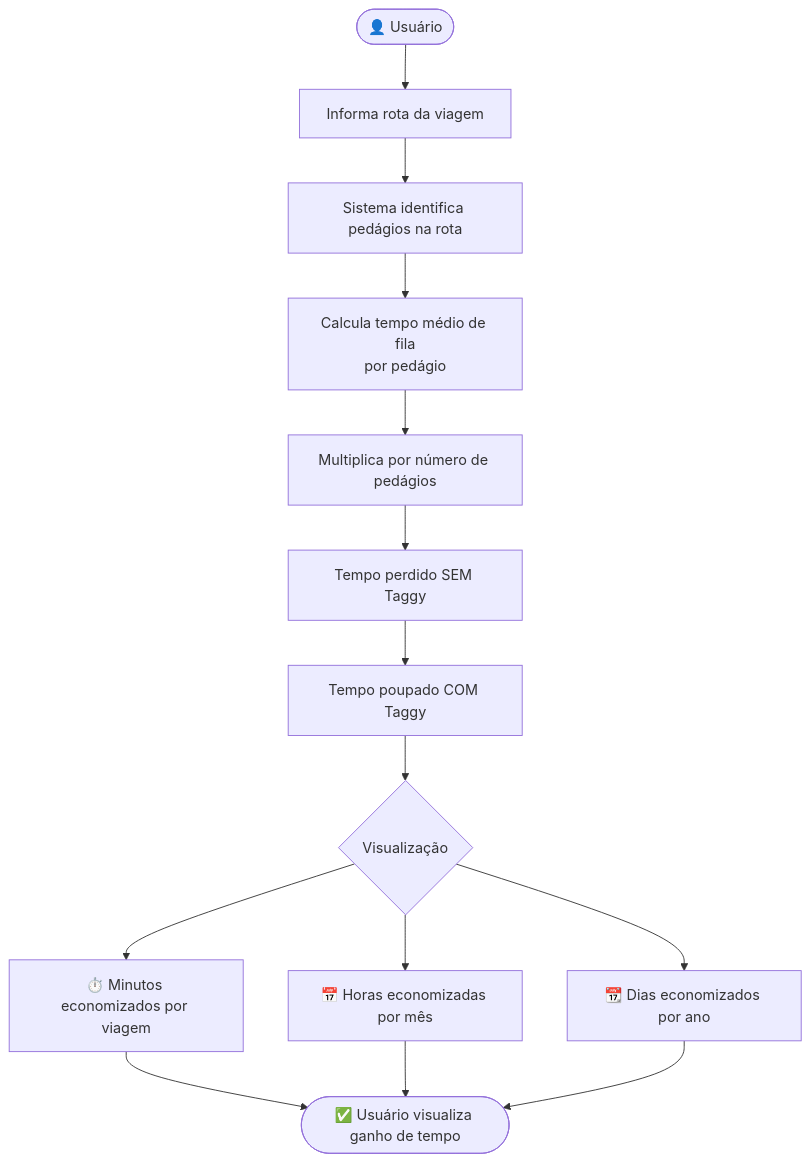
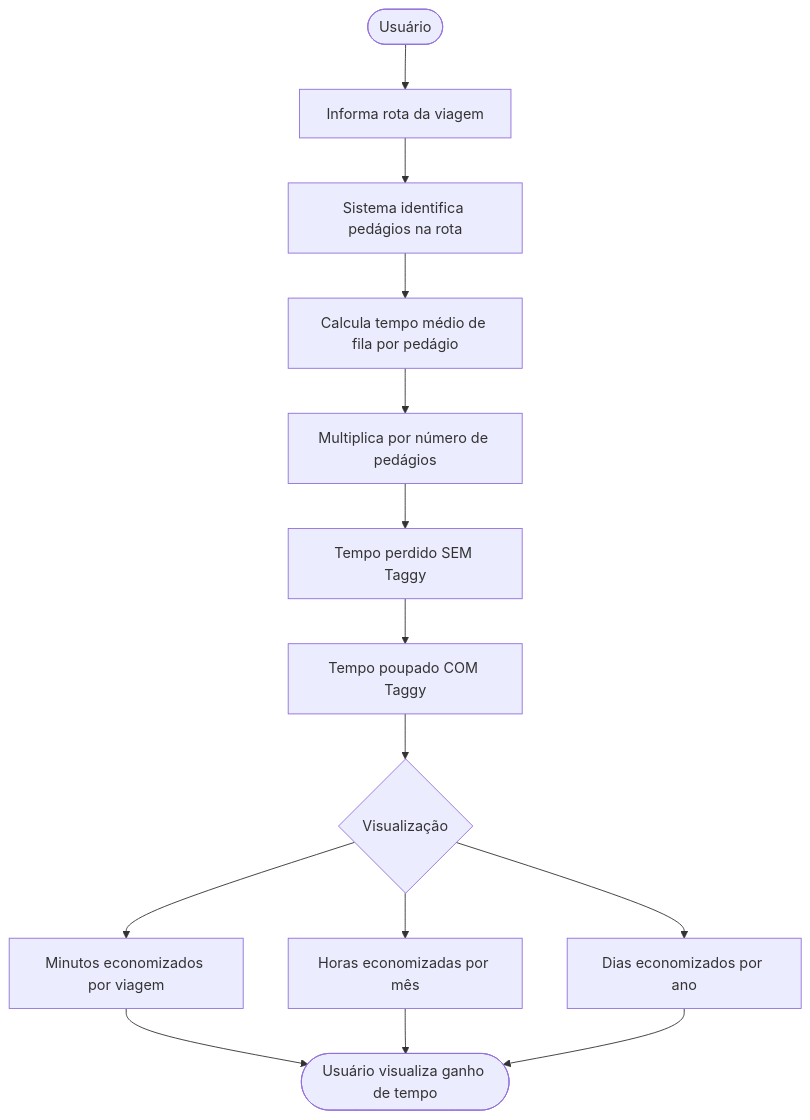
Before and after one commit to gabriellucasknp/Carbon-Defuse: the fourth of 10 diagrams in README.md, drawn with Mermaid. The commit also changed other lines of this file, not shown here.

Commit message:
Fix formatting and improve user story diagrams

````diff
--- a/README.md
+++ b/README.md
@@ -296,14 +296,14 @@
 ```mermaid
 flowchart TD
-    A([👤 Usuário]) --> B[Informa rota da viagem]
+    A([Usuário]) --> B[Informa rota da viagem]
     B --> C[Sistema identifica pedágios na rota]
-    C --> D[Calcula tempo médio de fila\npor pedágio]
+    C --> D[Calcula tempo médio de fila por pedágio]
     D --> E[Multiplica por número de pedágios]
     E --> F[Tempo perdido SEM Taggy]
     F --> G[Tempo poupado COM Taggy]
     G --> H{Visualização}
-    H --> I[⏱️ Minutos economizados por viagem]
-    H --> J[📅 Horas economizadas por mês]
-    H --> K[📆 Dias economizados por ano]
-    I & J & K --> L([✅ Usuário visualiza ganho de tempo])
+    H --> I[Minutos economizados por viagem]
+    H --> J[Horas economizadas por mês]
+    H --> K[Dias economizados por ano]
+    I & J & K --> L([Usuário visualiza ganho de tempo])
 ```
````
